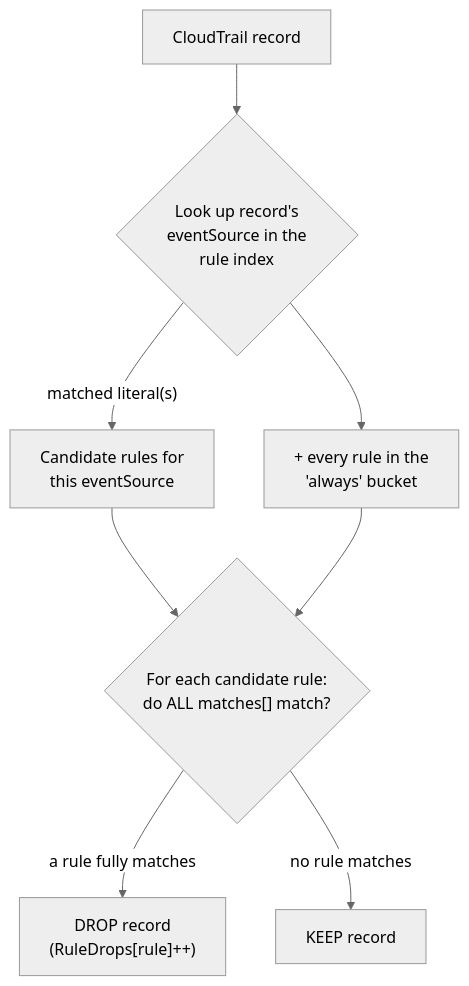
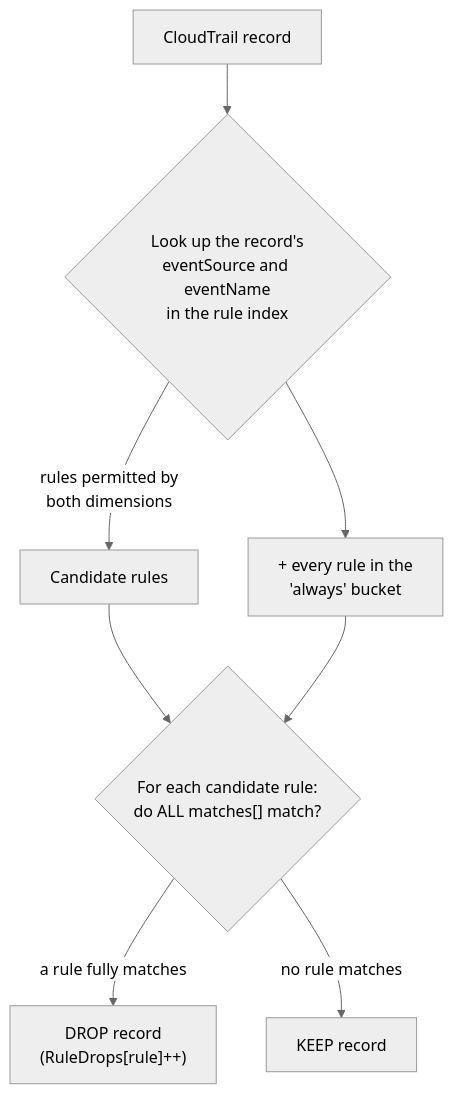
Before and after one commit to boogy/cloudtrail-rs: the diagram in docs/rules.md, drawn with Mermaid (neutral theme). The commit also changed other lines of this file, not shown here.

Commit message:
docs(rules): describe the two-dimensional index and the validate gate

````diff
--- a/docs/rules.md
+++ b/docs/rules.md
@@ -104,11 +104,11 @@
 ```mermaid
 flowchart TD
-    REC["CloudTrail record"] --> IDX{"Look up record's<br/>eventSource in the<br/>rule index"}
-    IDX -->|"matched literal(s)"| SUB["Candidate rules for<br/>this eventSource"]
+    REC["CloudTrail record"] --> IDX{"Look up the record's<br/>eventSource and eventName<br/>in the rule index"}
+    IDX -->|"rules permitted by<br/>both dimensions"| SUB["Candidate rules"]
     IDX --> ALW["+ every rule in the<br/>'always' bucket"]
     SUB --> EVAL
     ALW --> EVAL
     EVAL{"For each candidate rule:<br/>do ALL matches[] match?"}
     EVAL -->|"a rule fully matches"| DROP["DROP record<br/>(RuleDrops[rule]++)"]
     EVAL -->|"no rule matches"| KEEP["KEEP record"]
 ```
````
